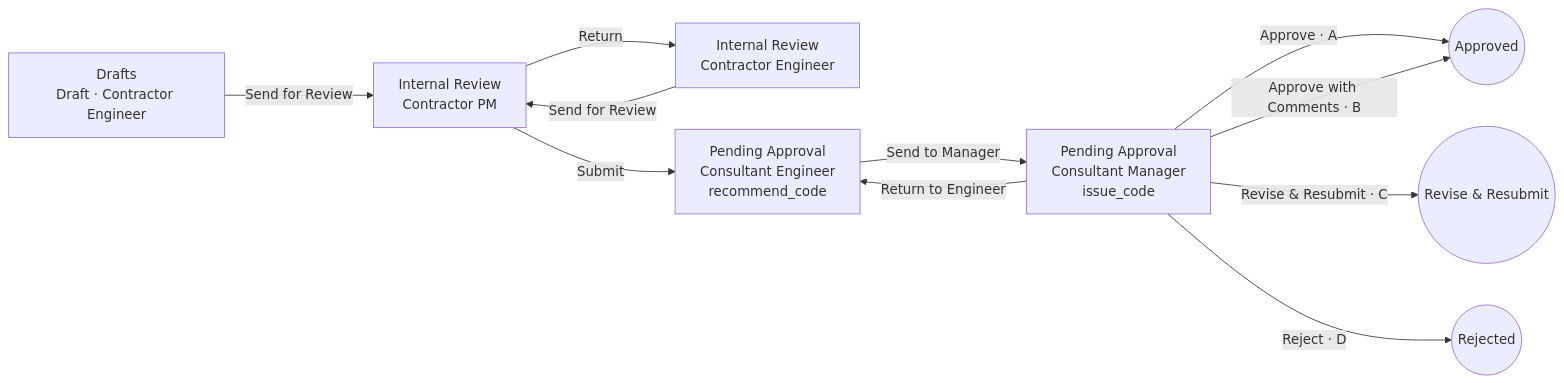
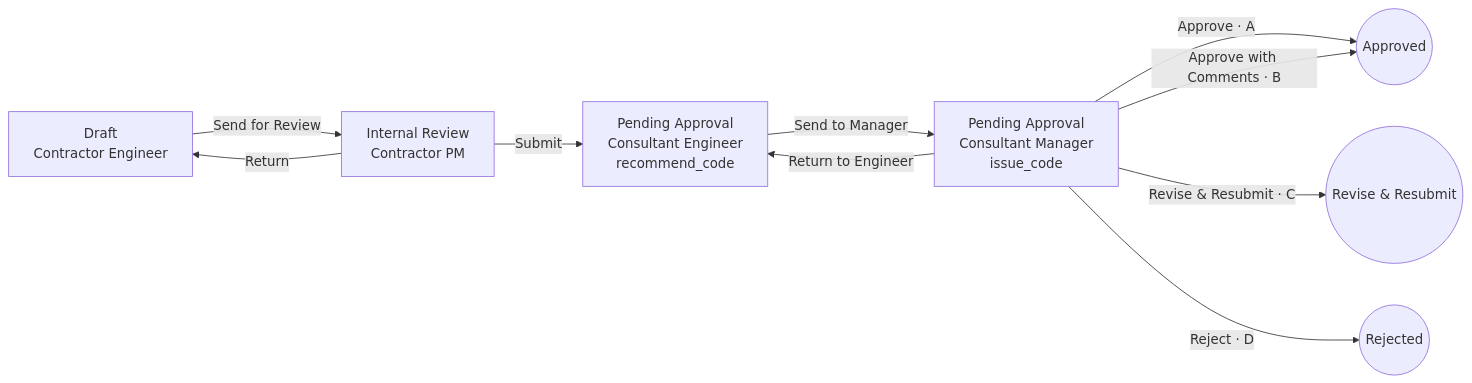
The diagram in docs/workflow-engine.md (Rabaed/rabaedV2.0), drawn with Mermaid before and after one commit. The commit also changed other lines of this file and 7 other files, not shown here.

First line of the commit message:
Keep the planning session to ADRs and the glossary; settle Send Back and the first Return

````diff
--- a/docs/workflow-engine.md
+++ b/docs/workflow-engine.md
@@ -35,13 +33,12 @@
 ```mermaid
 flowchart LR
-  D[Drafts<br/>Draft · Contractor Engineer] -- "Send for Review" --> PM[Internal Review<br/>Contractor PM]
-  PM -- "Return" --> CE[Internal Review<br/>Contractor Engineer]
-  CE -- "Send for Review" --> PM
+  D[Draft<br/>Contractor Engineer] -- "Send for Review" --> PM[Internal Review<br/>Contractor PM]
+  PM -- "Return" --> D
   PM -- "Submit" --> KE[Pending Approval<br/>Consultant Engineer<br/>recommend_code]
   KE -- "Send to Manager" --> KM[Pending Approval<br/>Consultant Manager<br/>issue_code]
   KM -- "Return to Engineer" --> KE
   KM -- "Approve · A" --> AP((Approved))
   KM -- "Approve with Comments · B" --> AP
   KM -- "Revise & Resubmit · C" --> RR((Revise & Resubmit))
   KM -- "Reject · D" --> RJ((Rejected))
 ```
````
